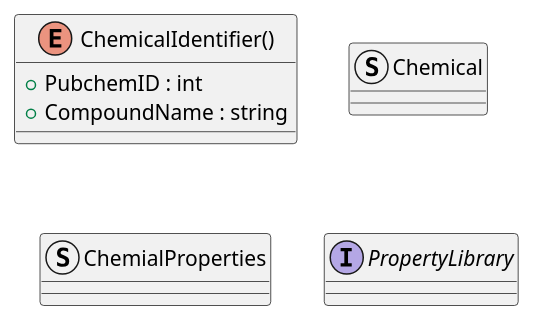
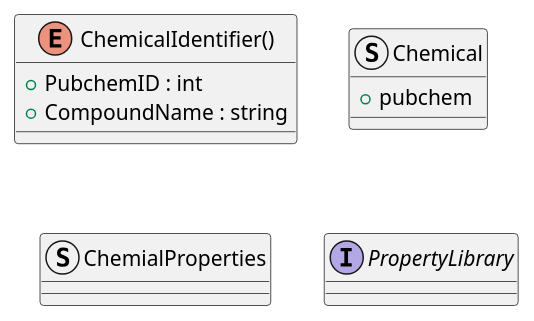
The diagram in properties-module/properties-module.puml (OSCPS-Project/OSCPS-UML), drawn with PlantUML before and after one commit. The commit also changed 4 other files, not shown here.

Commit message:
updating the thermo-modules class diagram

```diff
--- a/properties-module/properties-module.puml
+++ b/properties-module/properties-module.puml
@@ -1,14 +1,16 @@
 @startuml properties_module_class_diagram
     
 enum ChemicalIdentifier() {
     + PubchemID : int
     + CompoundName : string
 }
 
-Struct Chemical {}
+Struct Chemical {
+    + pubchem
+}
 
 Struct ChemialProperties {}
 
 Interface PropertyLibrary {}
 
 @enduml
```
